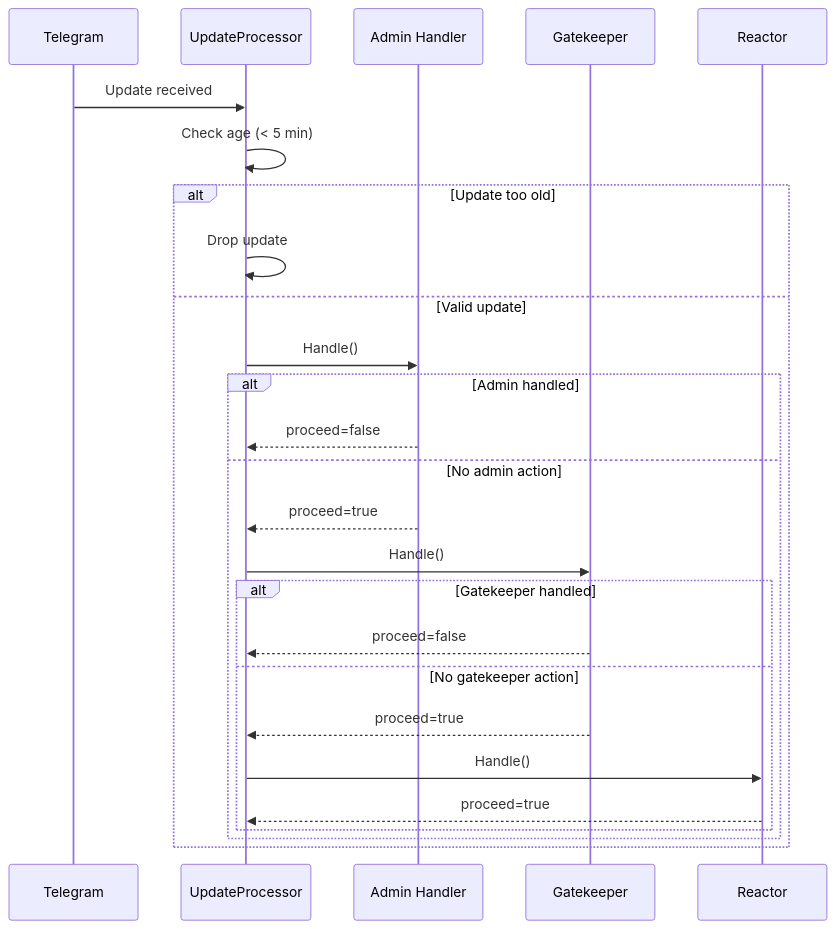
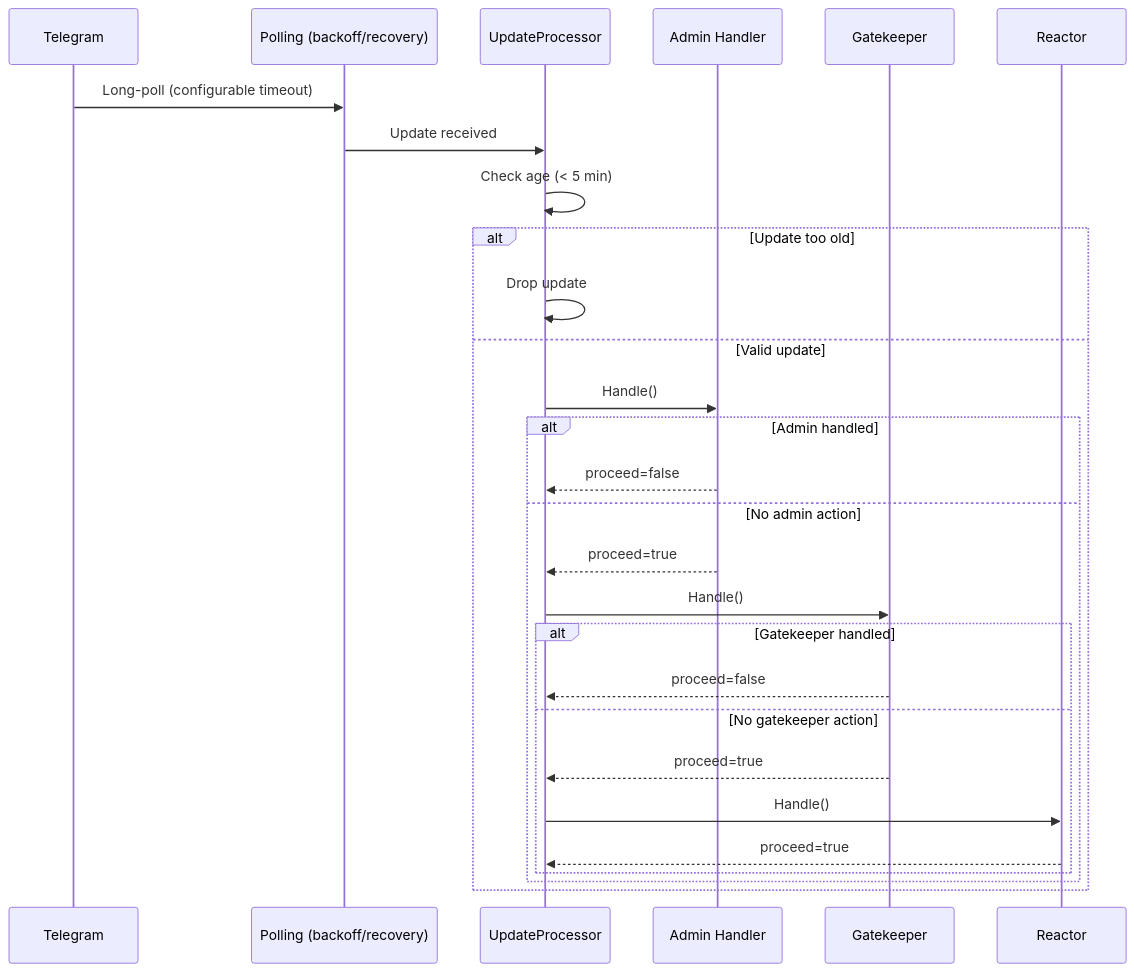
One commit to iamwavecut/ngbot changed the second of 6 diagrams in docs/CODEBASE_MAP.md. Above: the diagram before and after it, drawn with Mermaid. The commit also changed other lines of this file, not shown here.

Commit message:
chore: update CODEBASE_MAP with new last mapped date and total tokens; add polling and external quote heuristic files to documentation

````diff
--- a/docs/CODEBASE_MAP.md
+++ b/docs/CODEBASE_MAP.md
@@ -433,32 +548,34 @@
 ```mermaid
 sequenceDiagram
     participant TG as Telegram
+    participant Poll as Polling (backoff/recovery)
     participant UP as UpdateProcessor
     participant Admin as Admin Handler
     participant GK as Gatekeeper
     participant Reactor as Reactor
 
-    TG->>UP: Update received
+    TG->>Poll: Long-poll (configurable timeout)
+    Poll->>UP: Update received
     UP->>UP: Check age (< 5 min)
 
     alt Update too old
         UP->>UP: Drop update
     else Valid update
         UP->>Admin: Handle()
 
         alt Admin handled
             Admin-->>UP: proceed=false
         else No admin action
             Admin-->>UP: proceed=true
             UP->>GK: Handle()
 
             alt Gatekeeper handled
                 GK-->>UP: proceed=false
             else No gatekeeper action
                 GK-->>UP: proceed=true
                 UP->>Reactor: Handle()
                 Reactor-->>UP: proceed=true
             end
         end
     end
 ```
````
